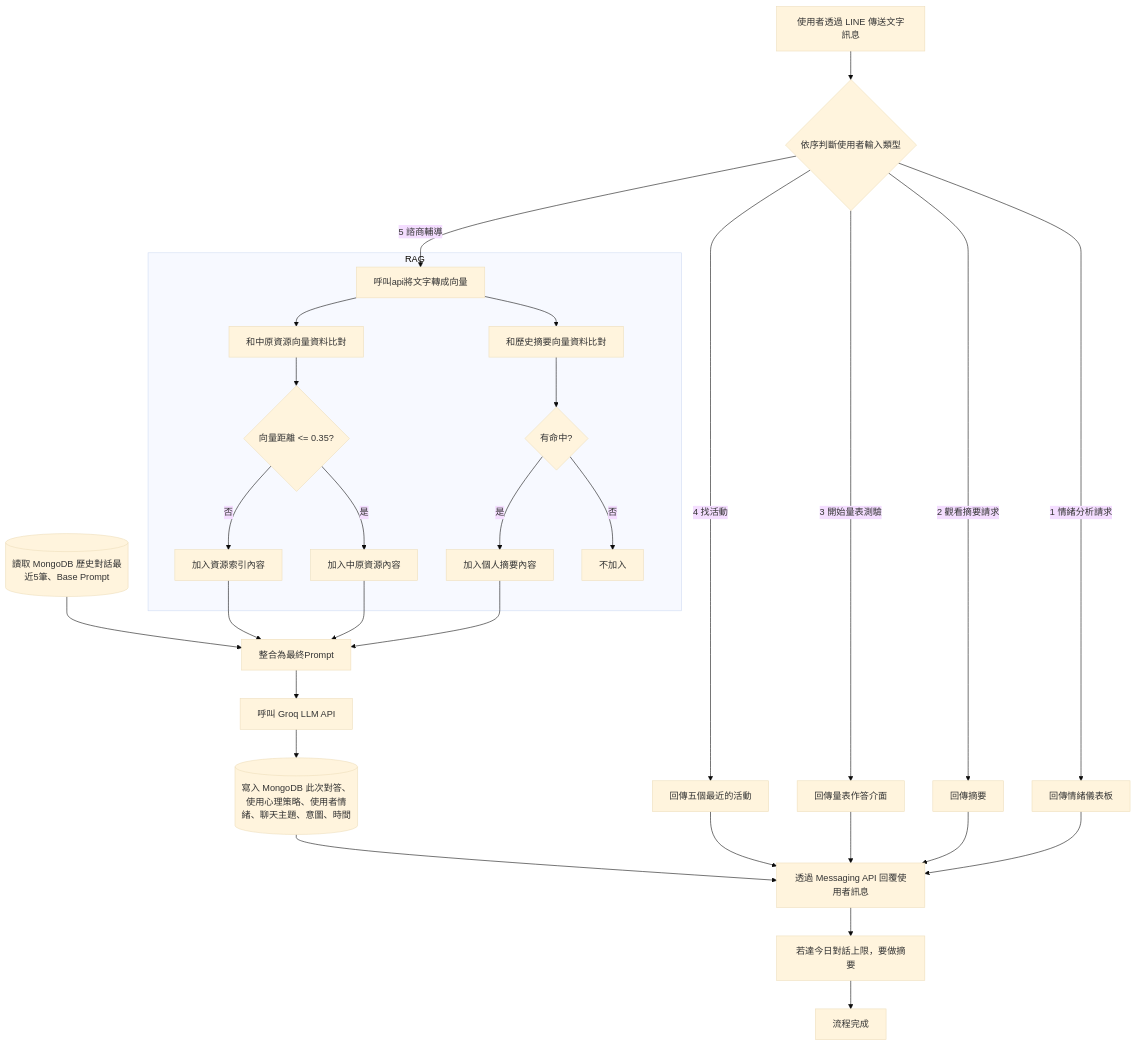
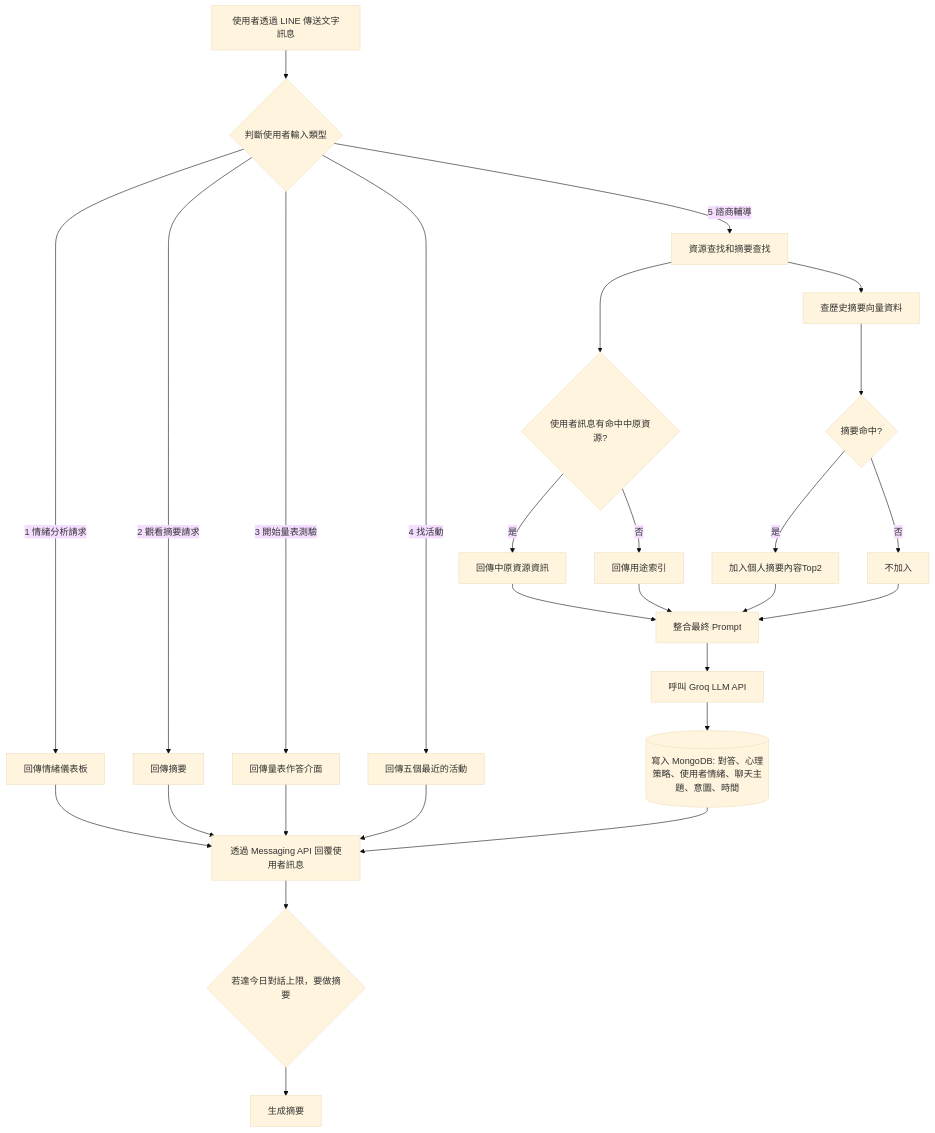
One commit to aurorajojo/line_app changed the diagram in README.md. Above: the diagram before and after it, drawn with Mermaid (base theme). The commit also changed other lines of this file, not shown here.

Commit message:
更新敘述和流程圖

````diff
--- a/README.md
+++ b/README.md
@@ -12,49 +12,27 @@
 ```mermaid
 flowchart TD
-    A[使用者透過 LINE 傳送文字訊息] --> D{依序判斷使用者輸入類型}
+    A[使用者透過 LINE 傳送文字訊息] --> D{判斷使用者輸入類型}
+
+    D -->|1 情緒分析請求| E[回傳情緒儀表板] --> O1
+    D -->|2 觀看摘要請求| F[回傳摘要] --> O1
+    D -->|3 開始量表測驗| G[回傳量表作答介面] --> O1
+    D -->|4 找活動| H[回傳五個最近的活動] --> O1
+    D -->|5 諮商輔導| I[資源查找和摘要查找]
 
 
-    D -->|1 情緒分析請求| E[回傳情緒儀表板]
-    E --> O1
+    I --> J1{使用者訊息有命中中原資源?}
+    J1 -->|是| J2[回傳中原資源資訊]
+    J1 -->|否| R[回傳用途索引]
 
-    D -->|2 觀看摘要請求| F[回傳摘要]
-    F --> O1
-
-    D -->|3 開始量表測驗| G[回傳量表作答介面]
-    G --> O1
-
-    D -->|4 找活動| H[回傳五個最近的活動]
-    H --> O1
-
-    D -->|5 諮商輔導| I[呼叫api將文字轉成向量]
-
-    subgraph RAG
-        I --> V1[和中原資源向量資料比對]
-        I --> V2[和歷史摘要向量資料比對]
-        V1 --> Q{向量距離 <= 0.35?}
-        V2 --> Q2{有命中?}
-        Q -->|是| J[加入中原資源內容]
-        Q -->|否| R[加入資源索引內容]
-        Q2 -->|是| S[加入個人摘要內容]
-        Q2 -->|否| T[不加入]
-        
-    end
-
-    S --> X
-    J --> X[整合為最終Prompt]
-    R --> X
-    MDB_Read --> X
-
-    X --> L[呼叫 Groq LLM API]
-    MDB_Read[( 讀取 MongoDB 歷史對話最近5筆、Base Prompt)]
-    MDB_Write[( 寫入 MongoDB 此次對答、使用心理策略、使用者情緒、聊天主題、意圖、時間)]
+    I --> V2[查歷史摘要向量資料]
+    V2 --> Q2{摘要命中?}
+    Q2 -->|是| S[加入個人摘要內容Top2]
+    Q2 -->|否| T[不加入]
 
 
-    L --> MDB_Write
-        
-    
-    MDB_Write --> O1
-    O1[透過 Messaging API 回覆使用者訊息] --> M[若達今日對話上限，要做摘要]
-    M --> Z[流程完成]
+    J2 & R & S & T --> X[整合最終 Prompt] --> L[呼叫 Groq LLM API]
+    L --> MDB_Write[(寫入 MongoDB: 對答、心理策略、使用者情緒、聊天主題、意圖、時間)]
+    MDB_Write --> O1[透過 Messaging API 回覆使用者訊息] --> M{若達今日對話上限，要做摘要}
+    M --> Z[生成摘要]
 
 ```
````
